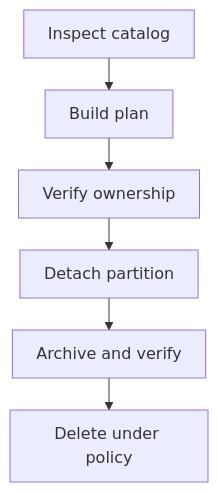
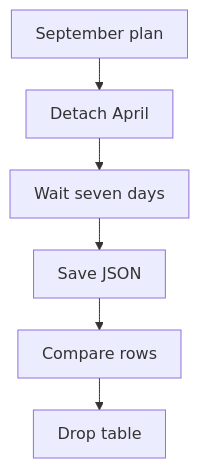
The diagram in docs/blog/posts/2026-09-13-postgresql-partition-maintenance.md (bedrock-python/bedrock-python.github.io), drawn with Mermaid before and after one commit. The commit also changed other lines of this file and 59 other files, not shown here.

````diff
--- a/docs/blog/posts/2026-09-13-postgresql-partition-maintenance.md
+++ b/docs/blog/posts/2026-09-13-postgresql-partition-maintenance.md
@@ -62,23 +123,23 @@
 ```mermaid
 ---
 config:
   theme: default
   look: classic
   flowchart:
     useMaxWidth: false
     wrappingWidth: 150
     padding: 12
     nodeSpacing: 24
     rankSpacing: 32
 ---
 flowchart TD
-    accTitle: Deletion follows a reviewable plan
-    accDescr: A partition is detached and deleted only after ownership checks and successful archiving when archiving is required.
-    A["Inspect catalog"]
-    B["Build plan"]
-    C["Verify ownership"]
-    D["Detach partition"]
-    E["Archive and verify"]
-    F["Delete under policy"]
+    accTitle: The April partition before deletion
+    accDescr: September maintenance detaches April. After seven days, the hook saves and verifies the archive before the table can be dropped.
+    A["September plan"]
+    B["Detach April"]
+    C["Wait seven days"]
+    D["Save JSON"]
+    E["Compare rows"]
+    F["Drop table"]
     A --> B --> C --> D --> E --> F
 ```
````
